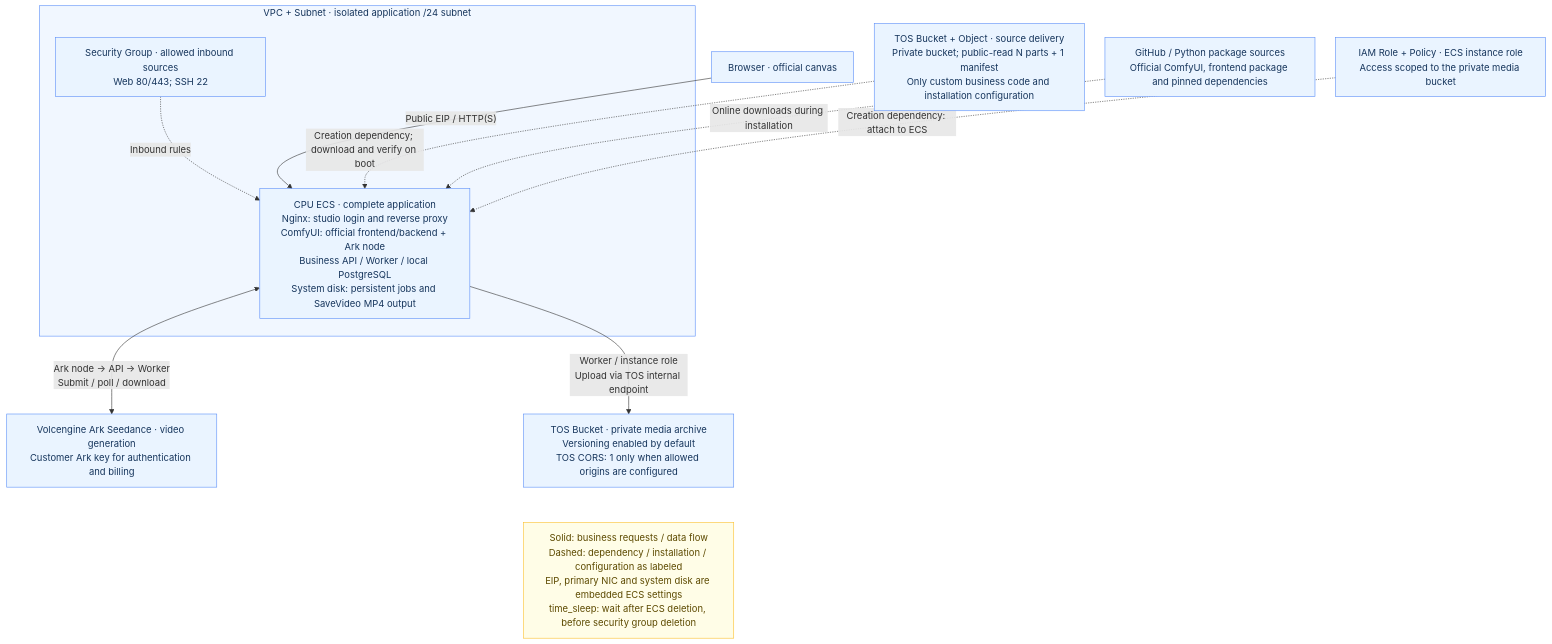
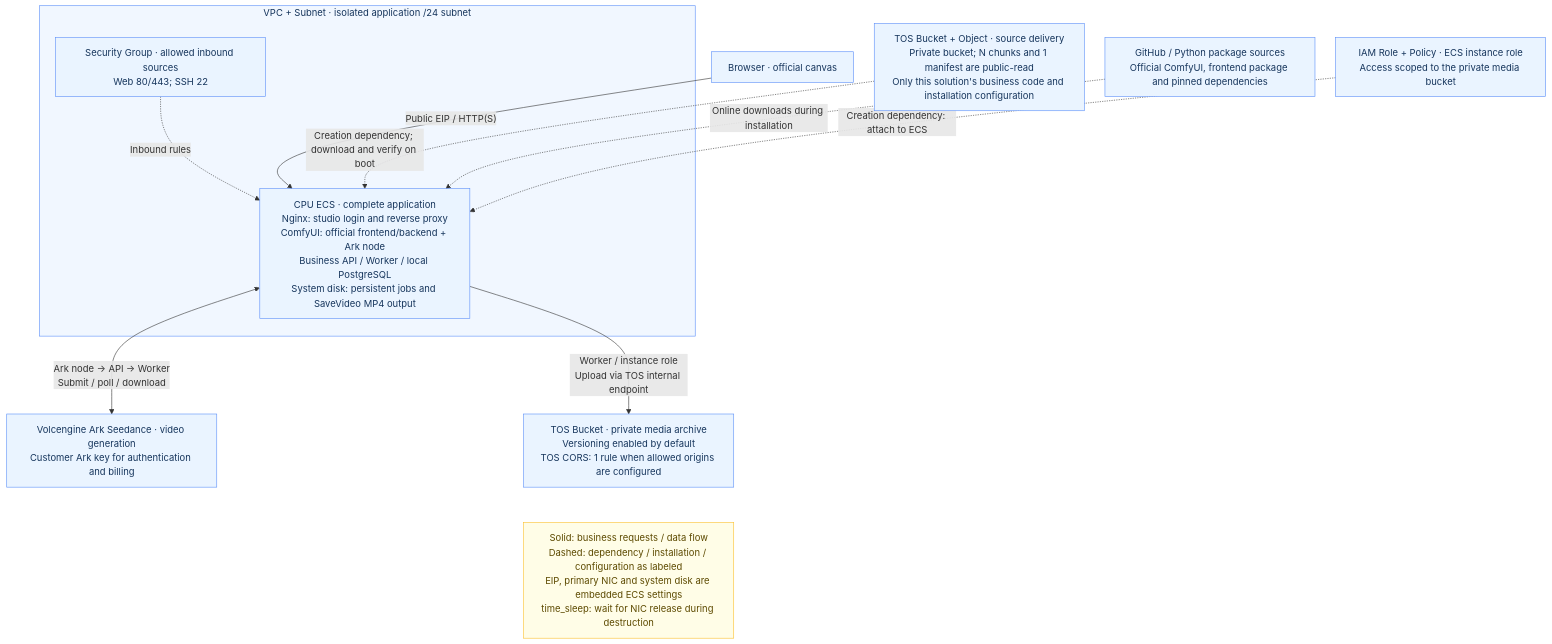
One commit to terraform-volcenginecc-modules/terraform-volcenginecc-ai-script-video-agent changed the diagram in README.md. Above: the diagram before and after it, drawn with Mermaid. The commit also changed other lines of this file and 1 other file, not shown here.

````diff
--- a/README.md
+++ b/README.md
@@ -19,33 +19,33 @@
 ```mermaid
 %%{init: {"flowchart": {"wrappingWidth": 300, "nodeSpacing": 35, "rankSpacing": 60, "padding": 14}}}%%
 flowchart TB
   Browser["Browser · official canvas"]
-  Source["TOS Bucket + Object · source delivery<br/>Private bucket; public-read N parts + 1 manifest<br/>Only custom business code and installation configuration"]
+  Source["TOS Bucket + Object · source delivery<br/>Private bucket; N chunks and 1 manifest are public-read<br/>Only this solution's business code and installation configuration"]
   Upstream["GitHub / Python package sources<br/>Official ComfyUI, frontend package and pinned dependencies"]
   IAM["IAM Role + Policy · ECS instance role<br/>Access scoped to the private media bucket"]
 
   subgraph Network["VPC + Subnet · isolated application /24 subnet"]
     SG["Security Group · allowed inbound sources<br/>Web 80/443; SSH 22"]
     ECS["CPU ECS · complete application<br/>Nginx: studio login and reverse proxy<br/>ComfyUI: official frontend/backend + Ark node<br/>Business API / Worker / local PostgreSQL<br/>System disk: persistent jobs and SaveVideo MP4 output"]
   end
 
   Ark["Volcengine Ark Seedance · video generation<br/>Customer Ark key for authentication and billing"]
-  Assets["TOS Bucket · private media archive<br/>Versioning enabled by default<br/>TOS CORS: 1 only when allowed origins are configured"]
-  Note["Solid: business requests / data flow<br/>Dashed: dependency / installation / configuration as labeled<br/>EIP, primary NIC and system disk are embedded ECS settings<br/>time_sleep: wait after ECS deletion, before security group deletion"]
+  Assets["TOS Bucket · private media archive<br/>Versioning enabled by default<br/>TOS CORS: 1 rule when allowed origins are configured"]
+  Note["Solid: business requests / data flow<br/>Dashed: dependency / installation / configuration as labeled<br/>EIP, primary NIC and system disk are embedded ECS settings<br/>time_sleep: wait for NIC release during destruction"]
 
   Browser -->|"Public EIP / HTTP(S)"| ECS
   Source -.->|"Creation dependency; download and verify on boot"| ECS
   Upstream -.->|"Online downloads during installation"| ECS
   IAM -.->|"Creation dependency: attach to ECS"| ECS
   SG -.->|"Inbound rules"| ECS
   ECS <-->|"Ark node → API → Worker<br/>Submit / poll / download"| Ark
   ECS -->|"Worker / instance role<br/>Upload via TOS internal endpoint"| Assets
 
   Assets ~~~ Note
 
   classDef main fill:#EAF4FF,stroke:#5B8FF9,color:#17365D;
   classDef note fill:#FFFDE7,stroke:#FBC02D,color:#5D4A00;
   class Browser,Source,Upstream,IAM,SG,ECS,Ark,Assets main;
   class Note note;
   style Network fill:#F1F7FF,stroke:#5B8FF9,color:#17365D
 ```
````
